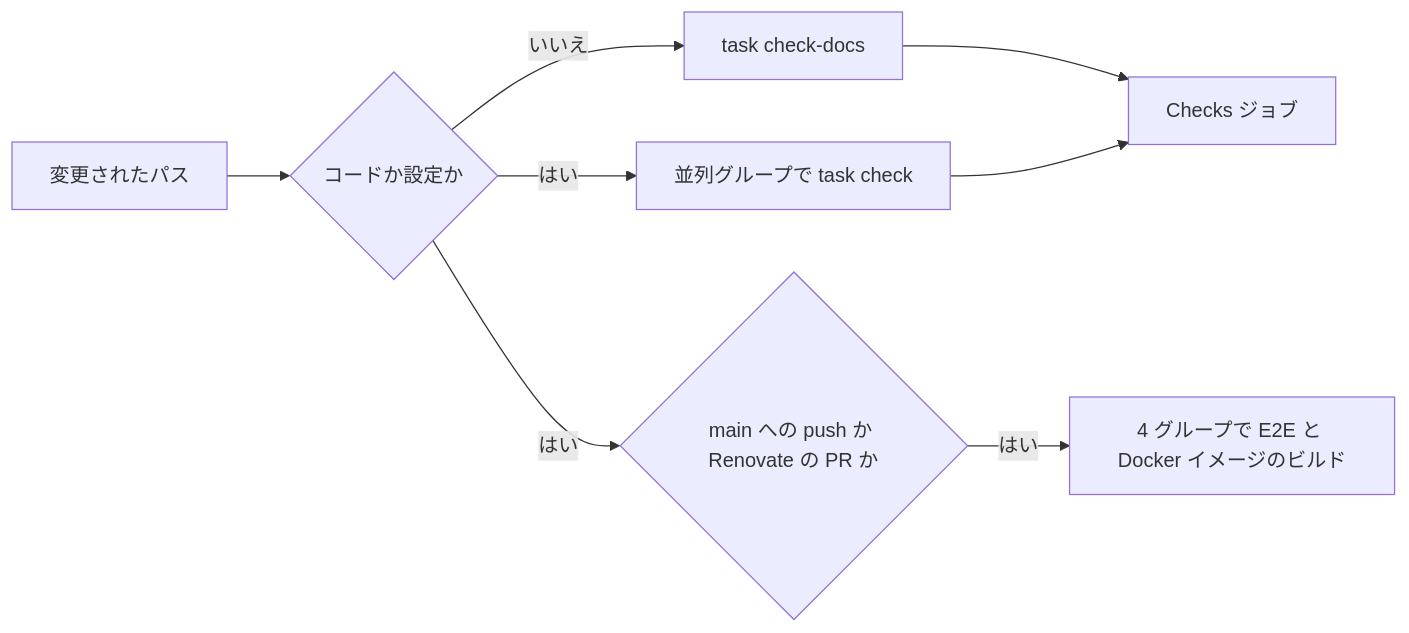
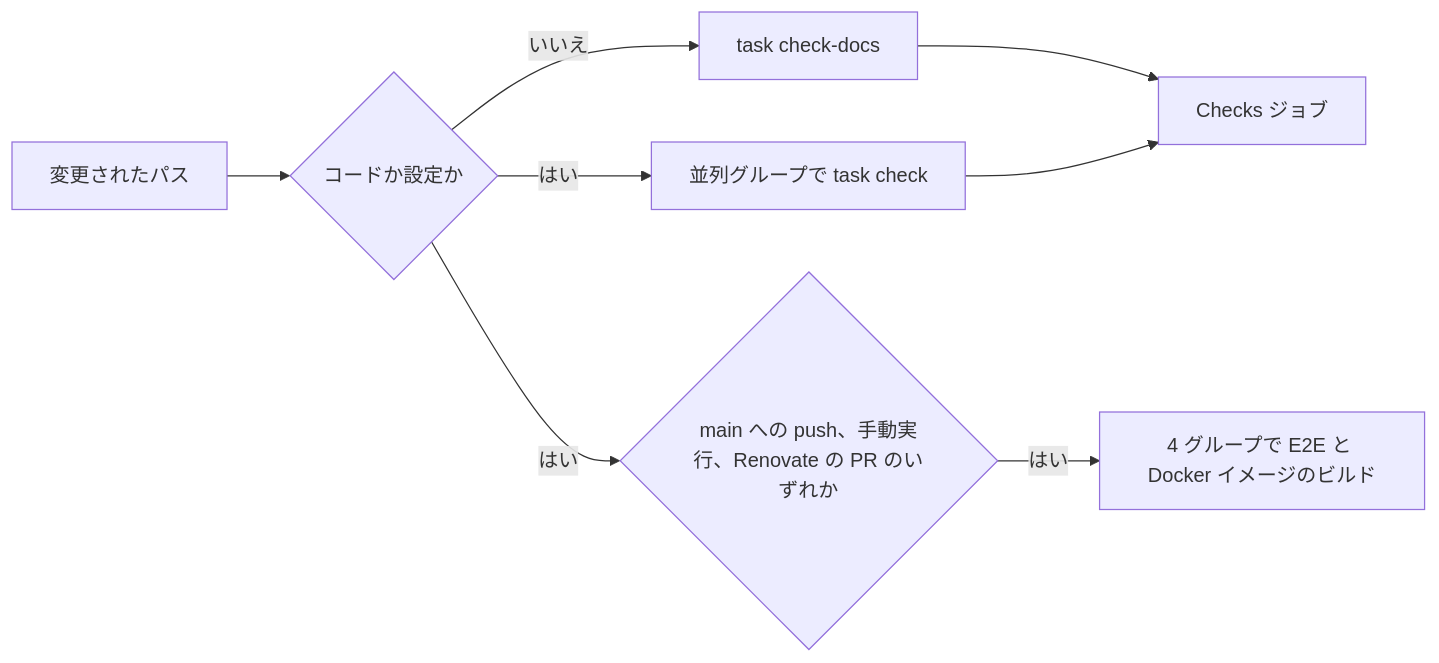
The diagram in translations/ja/docs/how-to/development.md (syudead/vv), drawn with Mermaid before and after one commit. The commit also changed other lines of this file and 7 other files, not shown here.

````diff
--- a/translations/ja/docs/how-to/development.md
+++ b/translations/ja/docs/how-to/development.md
@@ -55,10 +55,10 @@
 ```mermaid
 flowchart LR
   change[変更されたパス] --> code{コードか設定か}
   code -->|いいえ| docs[task check-docs]
   code -->|はい| groups[並列グループで task check]
   docs --> checks[Checks ジョブ]
   groups --> checks
-  code -->|はい| push{main への push か Renovate の PR か}
+  code -->|はい| push{main への push、手動実行、Renovate の PR のいずれか}
   push -->|はい| more[4 グループで E2E と Docker イメージのビルド]
 ```
````
